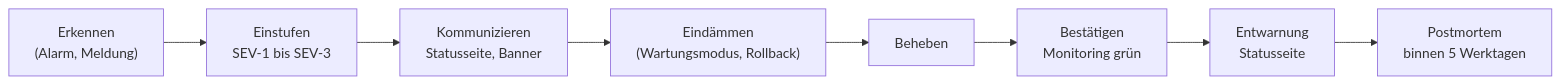
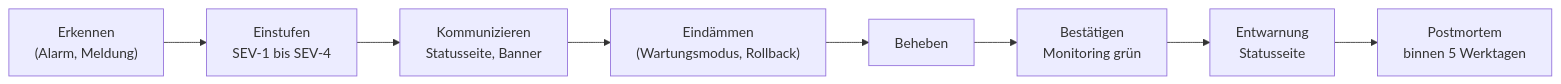
One commit to CaRo10Robert/SWeng_projekt2026 changed the diagram in docs/07-betrieb/incident-prozess.md. Above: the diagram before and after it, drawn with Mermaid. The commit also changed other lines of this file and 50 other files, not shown here.

````diff
--- a/docs/07-betrieb/incident-prozess.md
+++ b/docs/07-betrieb/incident-prozess.md
@@ -36,10 +39,10 @@
 ```mermaid
 flowchart LR
-  A["Erkennen<br/>(Alarm, Meldung)"] --> B["Einstufen<br/>SEV-1 bis SEV-3"]
+  A["Erkennen<br/>(Alarm, Meldung)"] --> B["Einstufen<br/>SEV-1 bis SEV-4"]
   B --> C["Kommunizieren<br/>Statusseite, Banner"]
   C --> D["Eindämmen<br/>(Wartungsmodus, Rollback)"]
   D --> E["Beheben"]
   E --> F["Bestätigen<br/>Monitoring grün"]
   F --> G["Entwarnung<br/>Statusseite"]
   G --> H["Postmortem<br/>binnen 5 Werktagen"]
 ```
````
